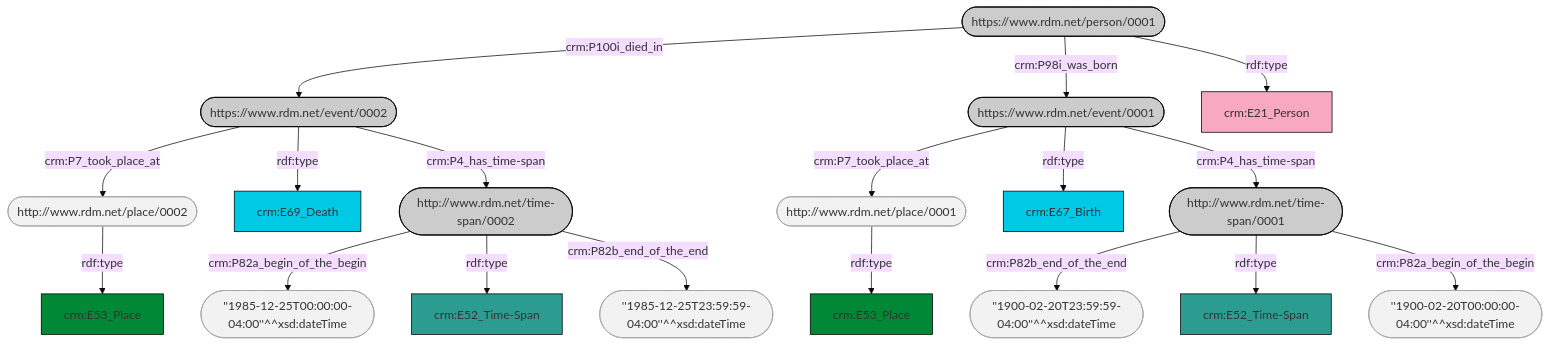
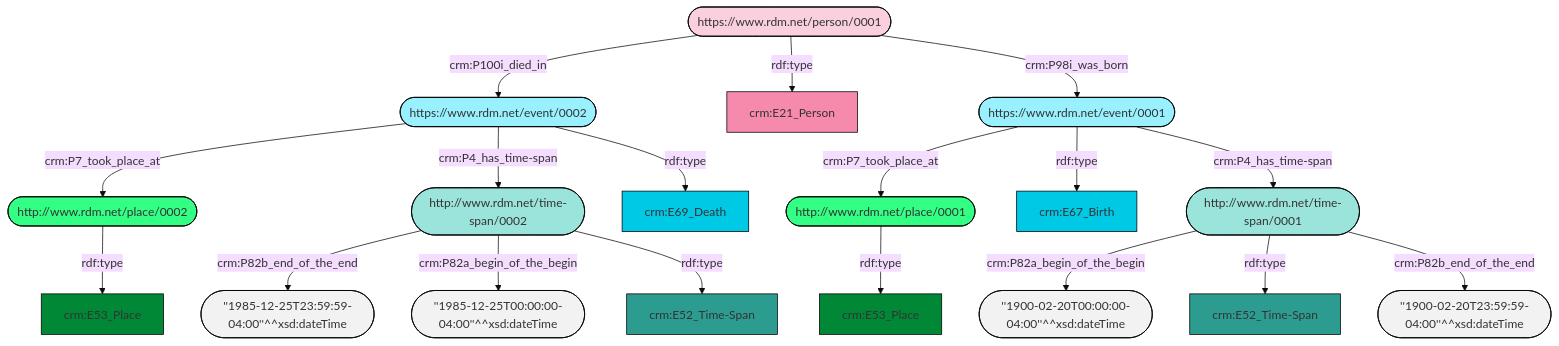
Before and after one commit to TrangDg/TrangDg.github.io: the first of 4 diagrams in testing_mermaid.md, drawn with Mermaid (base theme).

```diff
--- a/testing_mermaid.md
+++ b/testing_mermaid.md
@@ -38,34 +38,46 @@
 <div class="mermaid" onclick="sizeToggle(this)">
 graph TD
-classDef Literal fill:#f2f2f2,stroke:#a6a6a6;
-classDef URI fill:#cccccc,stroke:#000000;
+classDef Literal fill:#f2f2f2,stroke:#000000;
 classDef CRM_Entity fill:#FFFFFF,stroke:#000000;
+classDef CRM_Entity_URI fill:#FFFFFF,stroke:#000000;
 classDef Temporal_Entity fill:#00C9E6, stroke:#000000;
+classDef Temporal_Entity_URI fill:#99f1ff,stroke:#000000;
 classDef Type fill:#E18312, stroke:#000000;
+classDef Type_URI fill:#f6c588,stroke:#000000;
 classDef Time-Span fill:#2C9C91, stroke:#000000;
+classDef Time-Span_URI fill:#9be4dc,stroke:#000000;
 classDef Appellation fill:#FFEB7F, stroke:#000000;
+classDef Appellation_URI fill:#fff6cc,stroke:#000000;
 classDef Place fill:#008836, stroke:#000000;
+classDef Place_URI fill:#33ff85,stroke:#000000;
 classDef Persistent_Item fill:#B266B2, stroke:#000000;
+classDef Persistent_Item_URI fill:#dcbcdc,stroke:#000000;
 classDef Conceptual_Object fill:#FFD700, stroke:#000000;
+classDef Conceptual_Object_URI fill:#fff099,stroke:#000000;
 classDef Physical_Object fill:#D2B48C, stroke:#000000;
-classDef Actor fill:#F9A8C2, stroke:#000000;
-classDef PC_Classes fill:#bbff99, stroke:#000000;
-A1([https://www.rdm.net/person/0001]):::URI -->|crm:P100i_died_in| B1([https://www.rdm.net/event/0002]):::Literal
-B1([https://www.rdm.net/event/0002]):::URI -->|crm:P7_took_place_at| C1([http://www.rdm.net/place/0002]):::Literal
-C1([http://www.rdm.net/place/0002]) -->|rdf:type| D1[crm:E53_Place]:::Place
-B1([https://www.rdm.net/event/0002]) -->|rdf:type| C2[crm:E69_Death]:::Temporal_Entity
-B1([https://www.rdm.net/event/0002]):::URI -->|crm:P4_has_time-span| C3([http://www.rdm.net/time-span/0002]):::Literal
-C3([http://www.rdm.net/time-span/0002]):::URI -->|crm:P82a_begin_of_the_begin| D2(["''1985-12-25T00:00:00-04:00''^^xsd:dateTime"]):::Literal
-C3([http://www.rdm.net/time-span/0002]) -->|rdf:type| D3[crm:E52_Time-Span]:::Time-Span
-C3([http://www.rdm.net/time-span/0002]):::URI -->|crm:P82b_end_of_the_end| D4(["''1985-12-25T23:59:59-04:00''^^xsd:dateTime"]):::Literal
-A1([https://www.rdm.net/person/0001]):::URI -->|crm:P98i_was_born| B2([https://www.rdm.net/event/0001]):::Literal
-B2([https://www.rdm.net/event/0001]):::URI -->|crm:P7_took_place_at| C4([http://www.rdm.net/place/0001]):::Literal
-C4([http://www.rdm.net/place/0001]) -->|rdf:type| D5[crm:E53_Place]:::Place
-B2([https://www.rdm.net/event/0001]) -->|rdf:type| C5[crm:E67_Birth]:::Temporal_Entity
-B2([https://www.rdm.net/event/0001]):::URI -->|crm:P4_has_time-span| C6([http://www.rdm.net/time-span/0001]):::Literal
-C6([http://www.rdm.net/time-span/0001]):::URI -->|crm:P82b_end_of_the_end| D6(["''1900-02-20T23:59:59-04:00''^^xsd:dateTime"]):::Literal
-C6([http://www.rdm.net/time-span/0001]) -->|rdf:type| D7[crm:E52_Time-Span]:::Time-Span
-C6([http://www.rdm.net/time-span/0001]):::URI -->|crm:P82a_begin_of_the_begin| D8(["''1900-02-20T00:00:00-04:00''^^xsd:dateTime"]):::Literal
-A1([https://www.rdm.net/person/0001]) -->|rdf:type| B3[crm:E21_Person]:::Actor
+classDef Physical_Object_URI fill:#eadbc8,stroke:#000000;
+classDef Actor fill:#f58aad, stroke:#000000;
+classDef Actor_URI fill:#fbd0de,stroke:#000000;
+classDef PC_Classes fill:#4ce600, stroke:#000000;
+classDef PC_Classes_URI fill:#bbff99,stroke:#000000;
+classDef Multi_URI fill:#cccccc,stroke:#000000;
+0([https://www.rdm.net/person/0001]) -->|crm:P100i_died_in| 1([https://www.rdm.net/event/0002])
+0([https://www.rdm.net/person/0001]):::Actor_URI -->|rdf:type| 2["crm:E21_Person"]:::Actor
+0([https://www.rdm.net/person/0001]) -->|crm:P98i_was_born| 3([https://www.rdm.net/event/0001])
+1([https://www.rdm.net/event/0002]) -->|crm:P7_took_place_at| 4([http://www.rdm.net/place/0002])
+1([https://www.rdm.net/event/0002]) -->|crm:P4_has_time-span| 5([http://www.rdm.net/time-span/0002])
+1([https://www.rdm.net/event/0002]):::Temporal_Entity_URI -->|rdf:type| 6["crm:E69_Death"]:::Temporal_Entity
+3([https://www.rdm.net/event/0001]) -->|crm:P7_took_place_at| 7([http://www.rdm.net/place/0001])
+3([https://www.rdm.net/event/0001]):::Temporal_Entity_URI -->|rdf:type| 8["crm:E67_Birth"]:::Temporal_Entity
+3([https://www.rdm.net/event/0001]) -->|crm:P4_has_time-span| 9([http://www.rdm.net/time-span/0001])
+4([http://www.rdm.net/place/0002]):::Place_URI -->|rdf:type| 10["crm:E53_Place"]:::Place
+5([http://www.rdm.net/time-span/0002]) -->|crm:P82b_end_of_the_end| 11(["''1985-12-25T23:59:59-04:00''^^xsd:dateTime"]):::Literal
+5([http://www.rdm.net/time-span/0002]) -->|crm:P82a_begin_of_the_begin| 12(["''1985-12-25T00:00:00-04:00''^^xsd:dateTime"]):::Literal
+5([http://www.rdm.net/time-span/0002]):::Time-Span_URI -->|rdf:type| 13["crm:E52_Time-Span"]:::Time-Span
+7([http://www.rdm.net/place/0001]):::Place_URI -->|rdf:type| 14["crm:E53_Place"]:::Place
+9([http://www.rdm.net/time-span/0001]) -->|crm:P82a_begin_of_the_begin| 15(["''1900-02-20T00:00:00-04:00''^^xsd:dateTime"]):::Literal
+9([http://www.rdm.net/time-span/0001]):::Time-Span_URI -->|rdf:type| 16["crm:E52_Time-Span"]:::Time-Span
+9([http://www.rdm.net/time-span/0001]) -->|crm:P82b_end_of_the_end| 17(["''1900-02-20T23:59:59-04:00''^^xsd:dateTime"]):::Literal
+
 
 </div>
```
